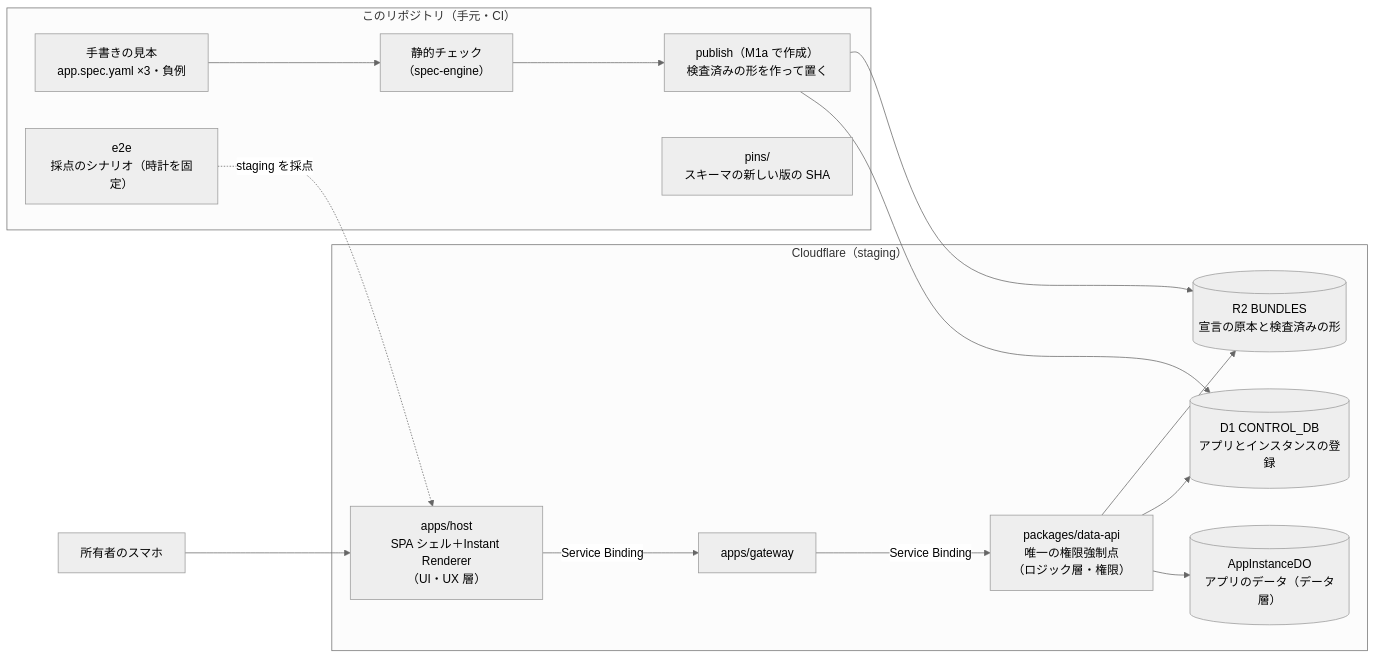
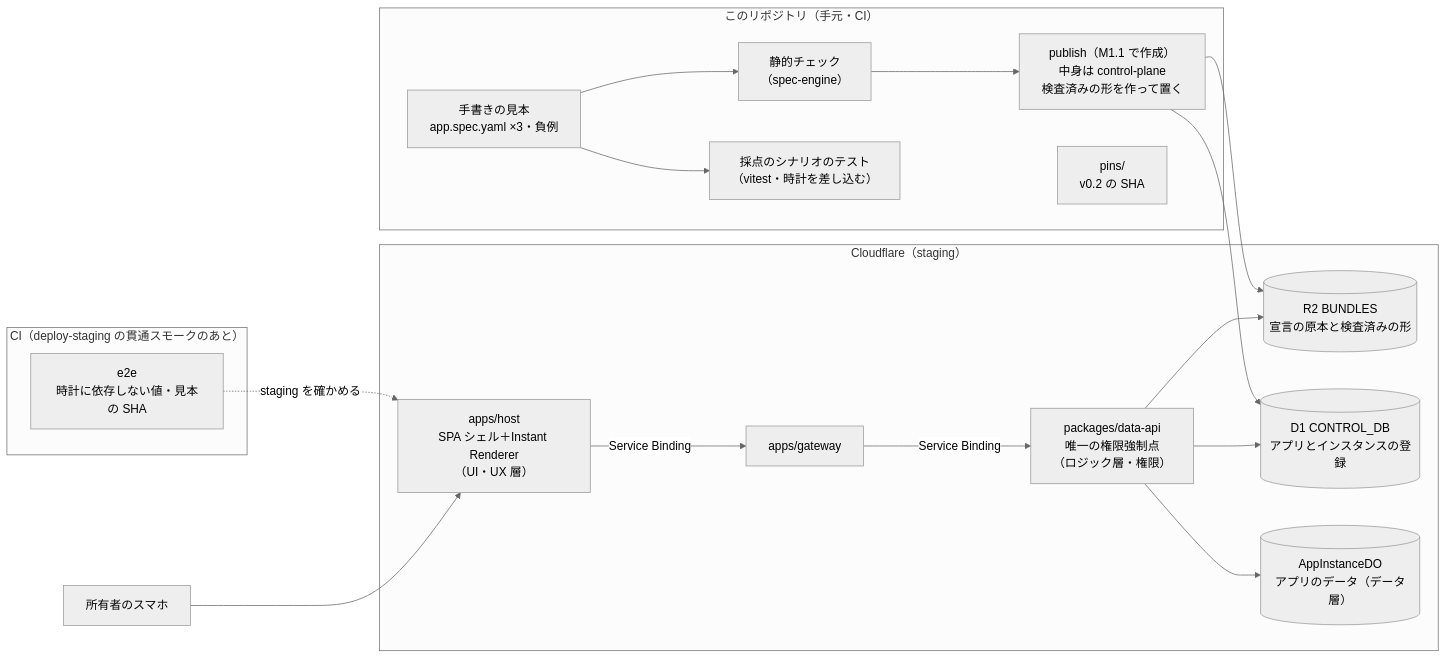
The diagram in workspace/mvp/m1/README.md (Kewton/Musubi), drawn with Mermaid (neutral theme) before and after one commit. The commit also changed other lines of this file and 8 other files, not shown here.

````diff
--- a/workspace/mvp/m1/README.md
+++ b/workspace/mvp/m1/README.md
@@ -207,20 +208,24 @@
 ```mermaid
 flowchart LR
   subgraph REPO["このリポジトリ（手元・CI）"]
     SAMPLE["手書きの見本<br/>app.spec.yaml ×3・負例"] --> CHECK["静的チェック<br/>（spec-engine）"]
-    CHECK --> PUB["publish（M1a で作成）<br/>検査済みの形を作って置く"]
-    PINS["pins/<br/>スキーマの新しい版の SHA"]
-    E2E["e2e<br/>採点のシナリオ（時計を固定）"]
+    CHECK --> PUB["publish（M1.1 で作成）<br/>中身は control-plane<br/>検査済みの形を作って置く"]
+    PINS["pins/<br/>v0.2 の SHA"]
+    TEST["採点のシナリオのテスト<br/>（vitest・時計を差し込む）"]
+    SAMPLE --> TEST
+  end
+  subgraph CI["CI（deploy-staging の貫通スモークのあと）"]
+    E2E["e2e<br/>時計に依存しない値・見本の SHA"]
   end
   subgraph CF["Cloudflare（staging）"]
     HOST["apps/host<br/>SPA シェル＋Instant Renderer<br/>（UI・UX 層）"] -- Service Binding --> GW["apps/gateway"]
     GW -- Service Binding --> DAPI["packages/data-api<br/>唯一の権限強制点<br/>（ロジック層・権限）"]
     DAPI --> R2[("R2 BUNDLES<br/>宣言の原本と検査済みの形")]
     DAPI --> D1[("D1 CONTROL_DB<br/>アプリとインスタンスの登録")]
     DAPI --> DO[("AppInstanceDO<br/>アプリのデータ（データ層）")]
   end
   PUB --> R2
   PUB --> D1
   PHONE["所有者のスマホ"] --> HOST
-  E2E -. staging を採点 .-> HOST
+  E2E -. staging を確かめる .-> HOST
 ```
````
